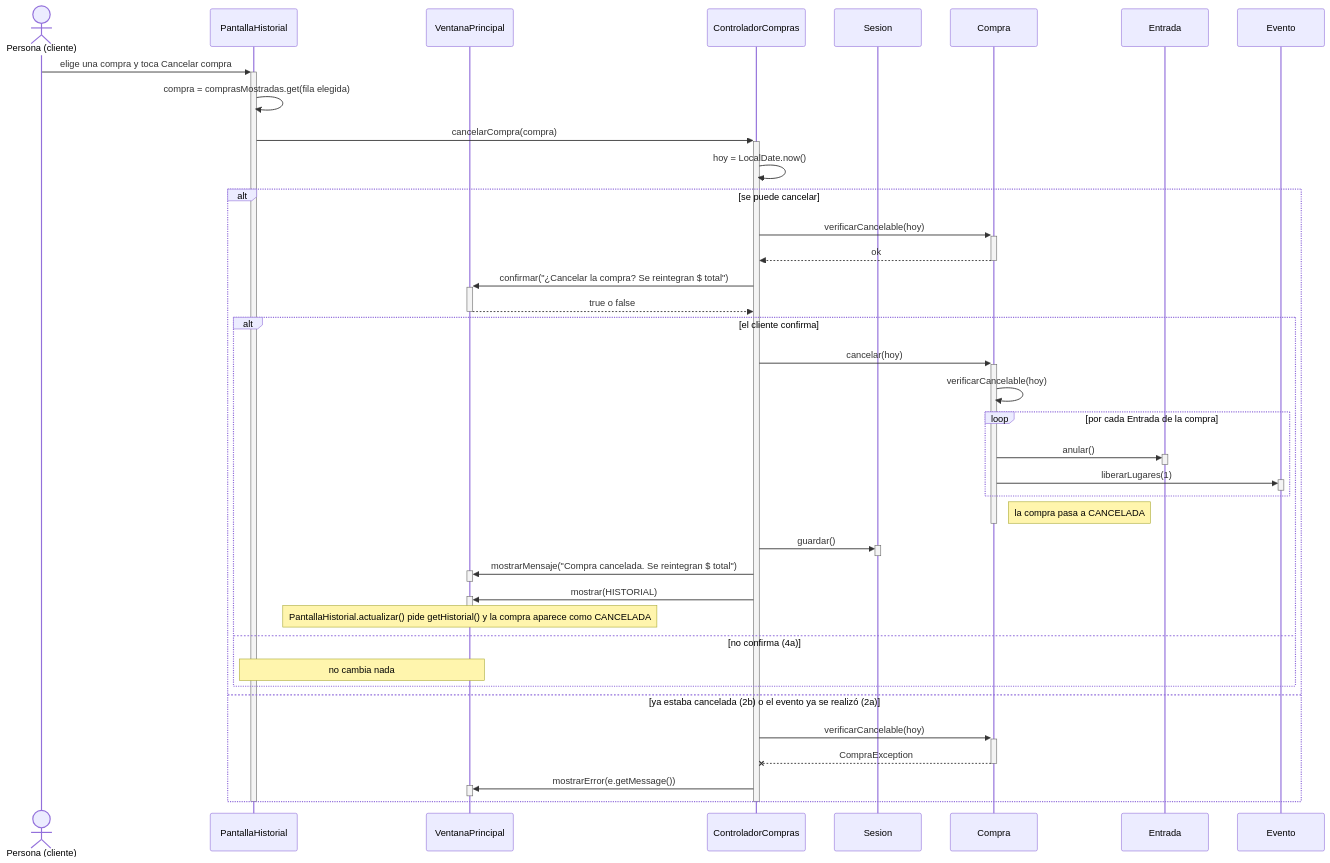
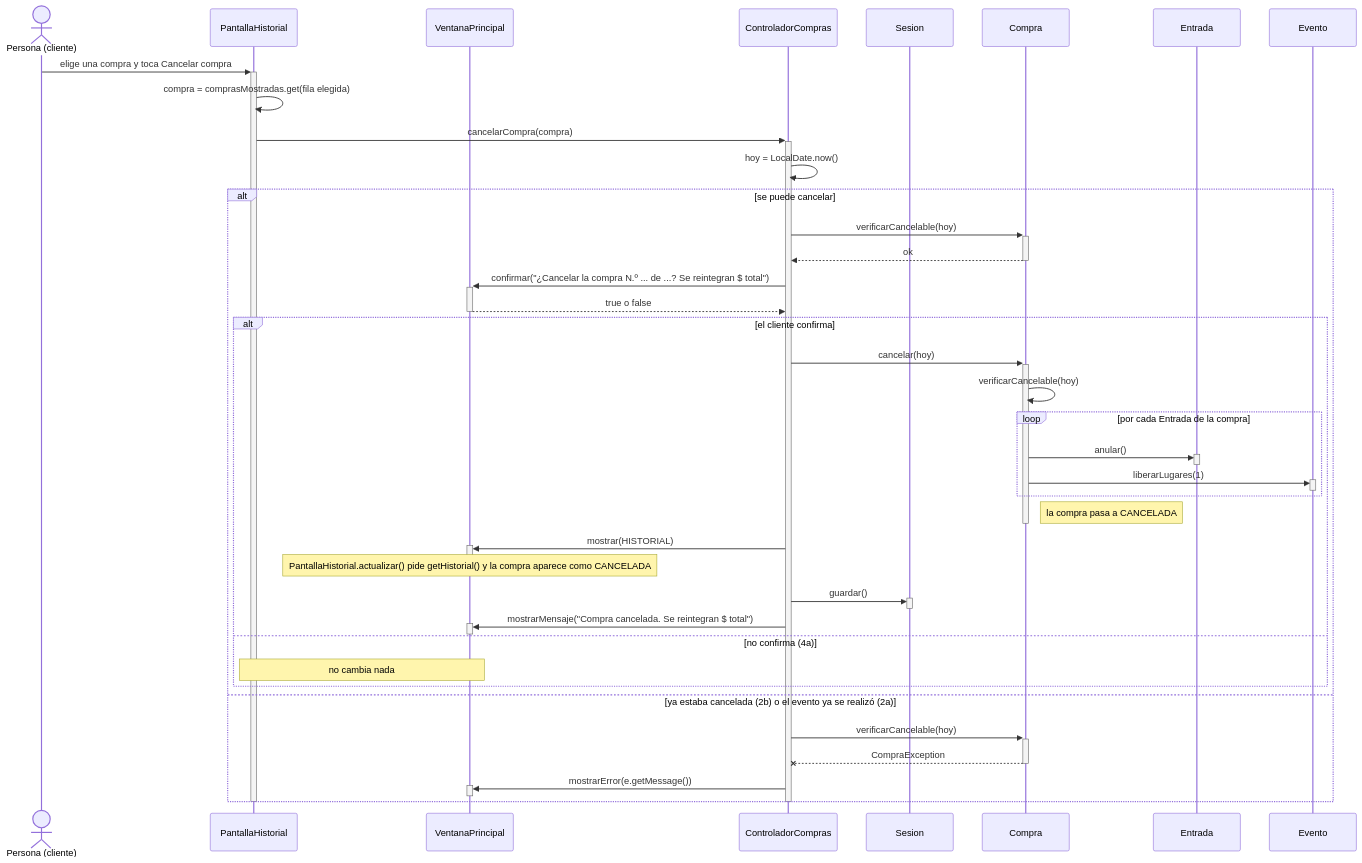
The diagram in docs/diseno/secuencias/CU14-cancelar-compra.md (AgustinSimonenco/gestion-eventos-musicales), drawn with Mermaid before and after one commit. The commit also changed other lines of this file and 11 other files, not shown here.

Commit message:
Bitacora 2026-11-06: proyecto terminado; casos de uso y diagramas alineados con el codigo

````diff
--- a/docs/diseno/secuencias/CU14-cancelar-compra.md
+++ b/docs/diseno/secuencias/CU14-cancelar-compra.md
@@ -9,50 +9,50 @@
 ```mermaid
 sequenceDiagram
     actor U as Persona (cliente)
     participant P as PantallaHistorial
     participant V as VentanaPrincipal
     participant C as ControladorCompras
     participant S as Sesion
     participant Co as Compra
     participant En as Entrada
     participant E as Evento
 
     U->>+P: elige una compra y toca Cancelar compra
     P->>P: compra = comprasMostradas.get(fila elegida)
     P->>+C: cancelarCompra(compra)
     C->>C: hoy = LocalDate.now()
     alt se puede cancelar
         C->>+Co: verificarCancelable(hoy)
         Co-->>-C: ok
-        C->>+V: confirmar("¿Cancelar la compra? Se reintegran $ total")
+        C->>+V: confirmar("¿Cancelar la compra N.º ... de ...? Se reintegran $ total")
         V-->>-C: true o false
         alt el cliente confirma
             C->>+Co: cancelar(hoy)
             Co->>Co: verificarCancelable(hoy)
             loop por cada Entrada de la compra
                 Co->>+En: anular()
                 deactivate En
                 Co->>+E: liberarLugares(1)
                 deactivate E
             end
             Note right of Co: la compra pasa a CANCELADA
             deactivate Co
+            C->>+V: mostrar(HISTORIAL)
+            deactivate V
+            Note over V: PantallaHistorial.actualizar() pide getHistorial() y la compra aparece como CANCELADA
             C->>+S: guardar()
             deactivate S
             C->>+V: mostrarMensaje("Compra cancelada. Se reintegran $ total")
             deactivate V
-            C->>+V: mostrar(HISTORIAL)
-            deactivate V
-            Note over V: PantallaHistorial.actualizar() pide getHistorial() y la compra aparece como CANCELADA
         else no confirma (4a)
             Note over P,V: no cambia nada
         end
     else ya estaba cancelada (2b) o el evento ya se realizó (2a)
         C->>+Co: verificarCancelable(hoy)
         Co--x-C: CompraException
         C->>+V: mostrarError(e.getMessage())
         deactivate V
     end
     deactivate C
     deactivate P
 ```
````
